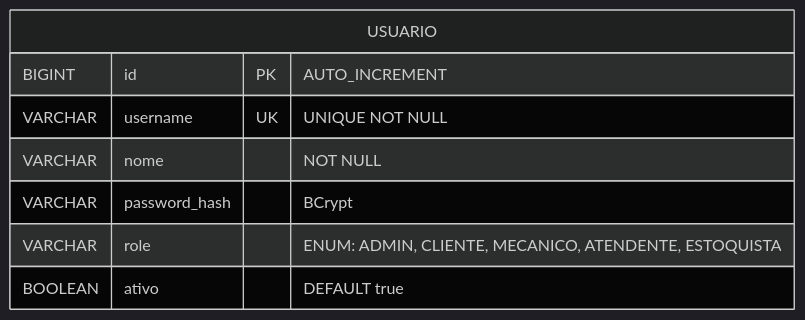
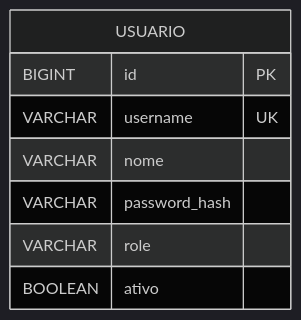
Before and after one commit to fiap-soat-grupo36/infra-database: the second of 8 diagrams in docs/diagramas/er-completo.md, drawn with Mermaid (dark theme). The commit also changed other lines of this file, not shown here.

Commit message:
fix: corrige diagramas ER para compatibilidade com GitHub Mermaid (remove underscores dos nomes)

````diff
--- a/docs/diagramas/er-completo.md
+++ b/docs/diagramas/er-completo.md
@@ -154,11 +164,11 @@
 ```mermaid
 erDiagram
     USUARIO {
-        BIGINT id PK "AUTO_INCREMENT"
-        VARCHAR username UK "UNIQUE NOT NULL"
-        VARCHAR nome "NOT NULL"
-        VARCHAR password_hash "BCrypt"
-        VARCHAR role "ENUM: ADMIN, CLIENTE, MECANICO, ATENDENTE, ESTOQUISTA"
-        BOOLEAN ativo "DEFAULT true"
+        BIGINT id PK
+        VARCHAR username UK
+        VARCHAR nome
+        VARCHAR password_hash
+        VARCHAR role
+        BOOLEAN ativo
     }
 ```
````
